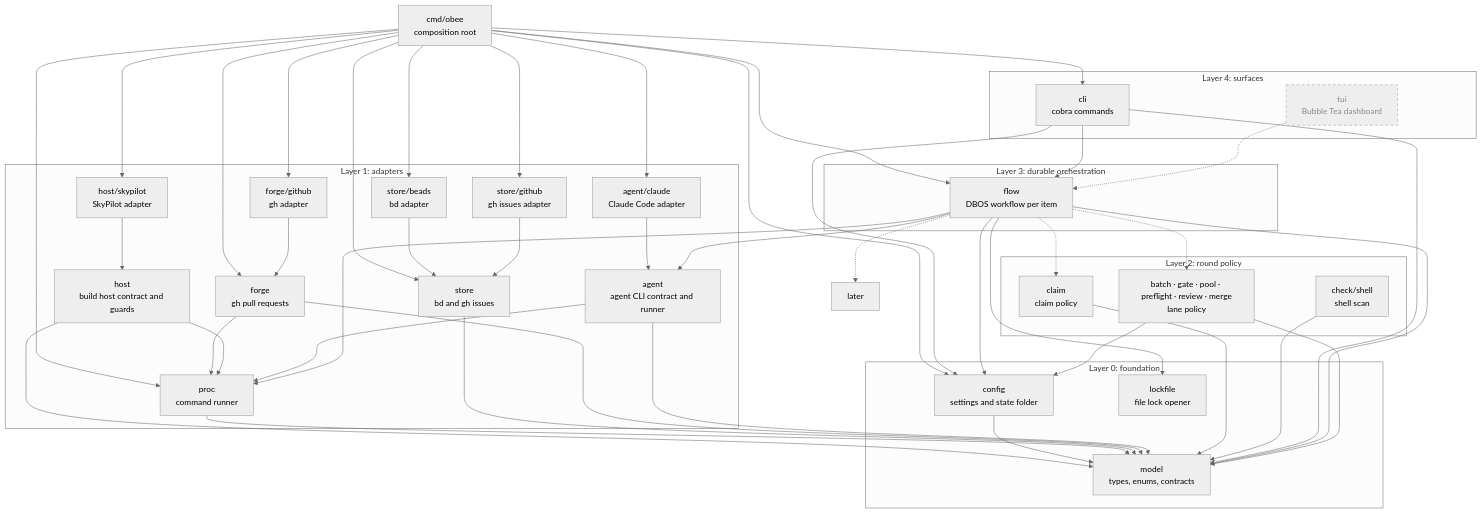
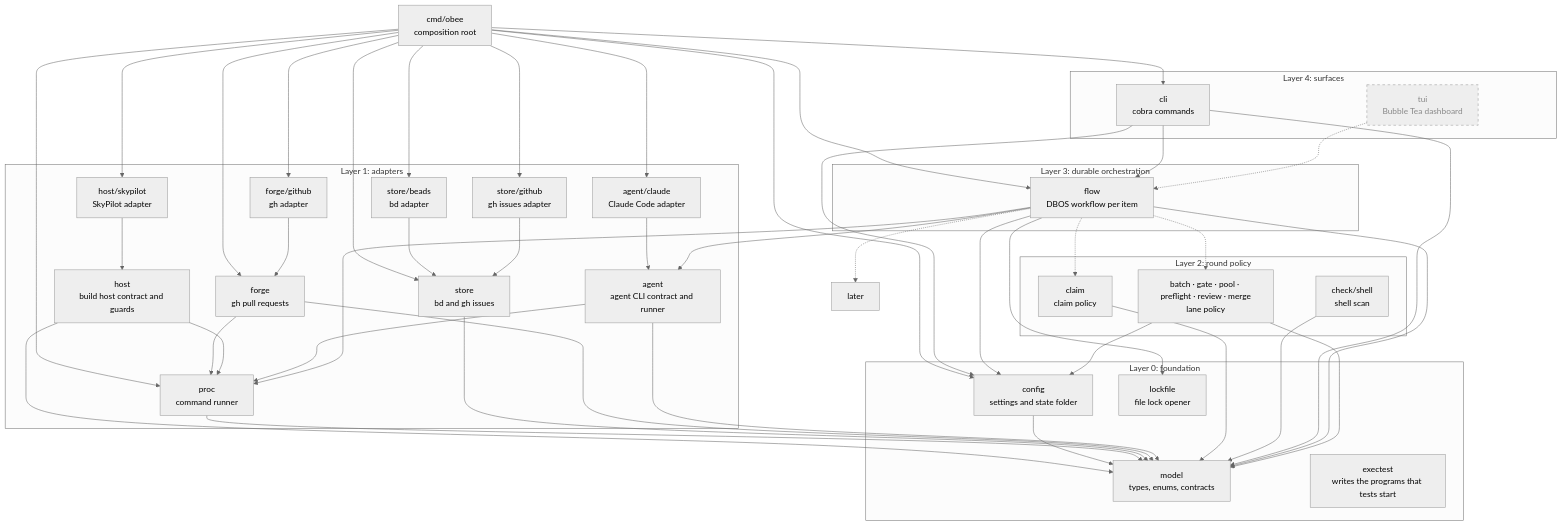
One commit to tobocop2/beehave changed the first of 3 diagrams in docs/architecture.md. Above: the diagram before and after it, drawn with Mermaid (neutral theme). The commit also changed 17 other files, not shown here.

```diff
--- a/docs/architecture.md
+++ b/docs/architecture.md
@@ -147,6 +147,7 @@
         config["config<br/>settings and state folder"]
         model["model<br/>types, enums, contracts"]
         lockfile["lockfile<br/>file lock opener"]
+        exectest["exectest<br/>writes the programs that tests start"]
     end
 
     main --> cli
```
